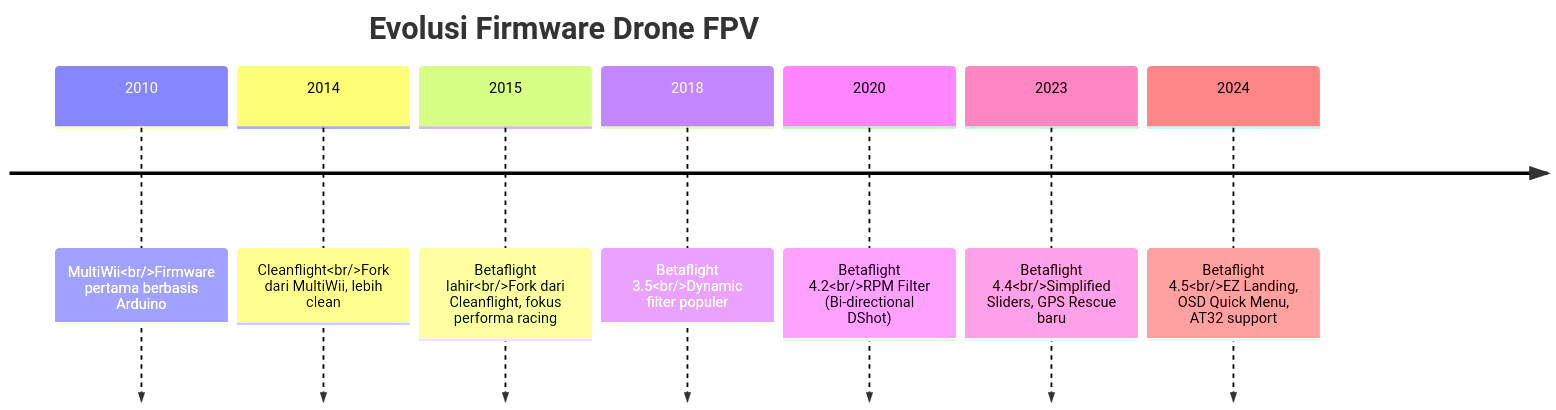
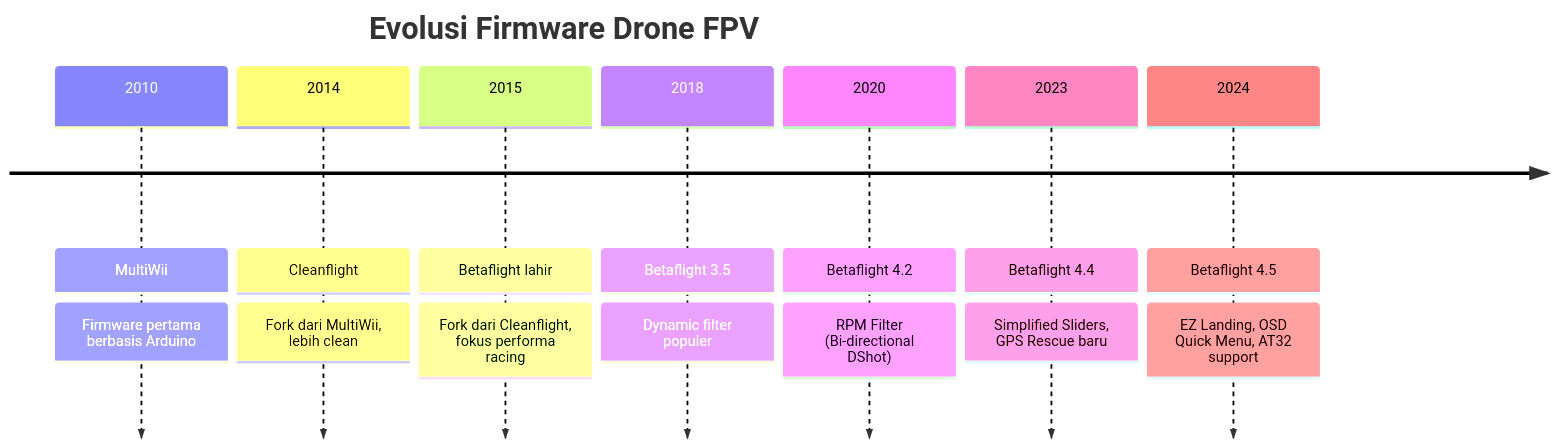
The seventh of 9 diagrams in MEMAHAMI_BETAFLIGHT.md (edhotp/Memahami-Betaflight-Belajar-Tuning-FPV), drawn with Mermaid before and after one commit.

Commit message:
fix(diagram): perbaiki timeline evolusi firmware (hapus tag <br/> yang tidak dirender mermaid timeline)

````diff
--- a/MEMAHAMI_BETAFLIGHT.md
+++ b/MEMAHAMI_BETAFLIGHT.md
@@ -202,11 +202,11 @@
 ```mermaid
 timeline
     title Evolusi Firmware Drone FPV
-    2010 : MultiWii<br/>Firmware pertama berbasis Arduino
-    2014 : Cleanflight<br/>Fork dari MultiWii, lebih clean
-    2015 : Betaflight lahir<br/>Fork dari Cleanflight, fokus performa racing
-    2018 : Betaflight 3.5<br/>Dynamic filter populer
-    2020 : Betaflight 4.2<br/>RPM Filter (Bi-directional DShot)
-    2023 : Betaflight 4.4<br/>Simplified Sliders, GPS Rescue baru
-    2024 : Betaflight 4.5<br/>EZ Landing, OSD Quick Menu, AT32 support
+    2010 : MultiWii : Firmware pertama berbasis Arduino
+    2014 : Cleanflight : Fork dari MultiWii, lebih clean
+    2015 : Betaflight lahir : Fork dari Cleanflight, fokus performa racing
+    2018 : Betaflight 3.5 : Dynamic filter populer
+    2020 : Betaflight 4.2 : RPM Filter (Bi-directional DShot)
+    2023 : Betaflight 4.4 : Simplified Sliders, GPS Rescue baru
+    2024 : Betaflight 4.5 : EZ Landing, OSD Quick Menu, AT32 support
 ```
````
